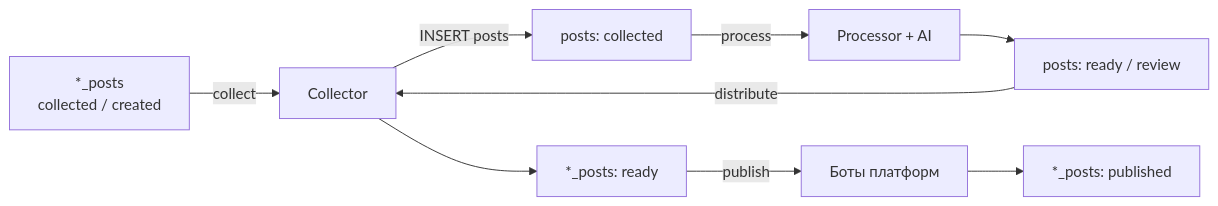
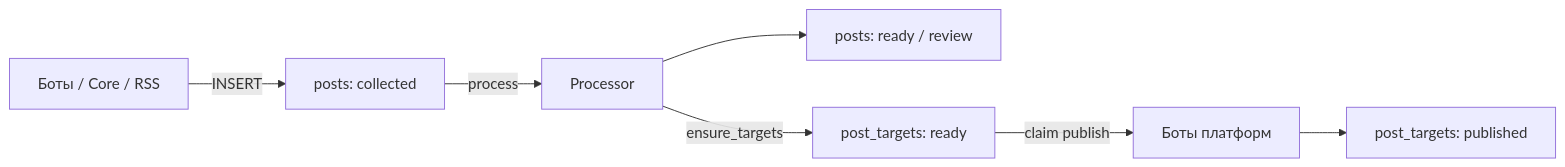
The third of 4 diagrams in docs/ARCHITECTURE.md (AlexanderNY/cursor_test), drawn with Mermaid before and after one commit. The commit also changed other lines of this file and 190 other files, not shown here.

````diff
--- a/docs/ARCHITECTURE.md
+++ b/docs/ARCHITECTURE.md
@@ -90,11 +90,9 @@
 ```mermaid
 flowchart LR
-  SRC["*_posts<br/>collected / created"] -->|collect| COLL[Collector]
-  COLL -->|INSERT posts| P1[posts: collected]
-  P1 -->|process| PROC[Processor + AI]
+  SRC[Боты / Core / RSS] -->|INSERT| P1[posts: collected]
+  P1 -->|process| PROC[Processor]
   PROC --> P2["posts: ready / review"]
-  P2 -->|distribute| COLL
-  COLL --> DST["*_posts: ready"]
-  DST -->|publish| BOTS[Боты платформ]
-  BOTS --> PUB["*_posts: published"]
+  PROC -->|ensure_targets| T[post_targets: ready]
+  T -->|claim publish| BOTS[Боты платформ]
+  BOTS --> PUB["post_targets: published"]
 ```
````
